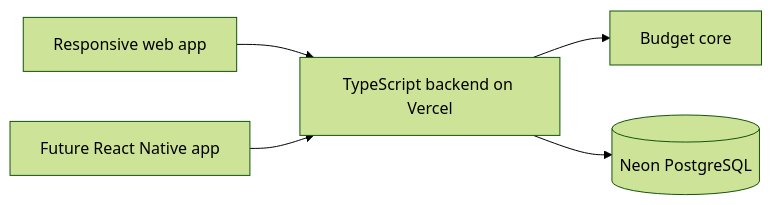
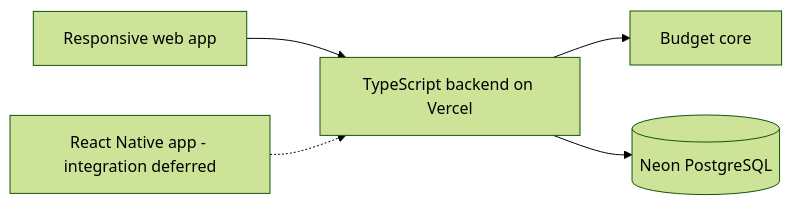
The first of 2 diagrams in Architecture.md (PhillipNguyenCong/BudgetBuilderDanskeBank), drawn with Mermaid (forest theme) before and after one commit. The commit also changed other lines of this file and 36 other files, not shown here.

````diff
--- a/Architecture.md
+++ b/Architecture.md
@@ -21,7 +21,7 @@
 ```mermaid
 flowchart LR
   W[Responsive web app] --> B[TypeScript backend on Vercel]
-  M[Future React Native app] --> B
+  M[React Native app - integration deferred] -.-> B
   B --> C[Budget core]
   B --> D[(Neon PostgreSQL)]
 ```
````
